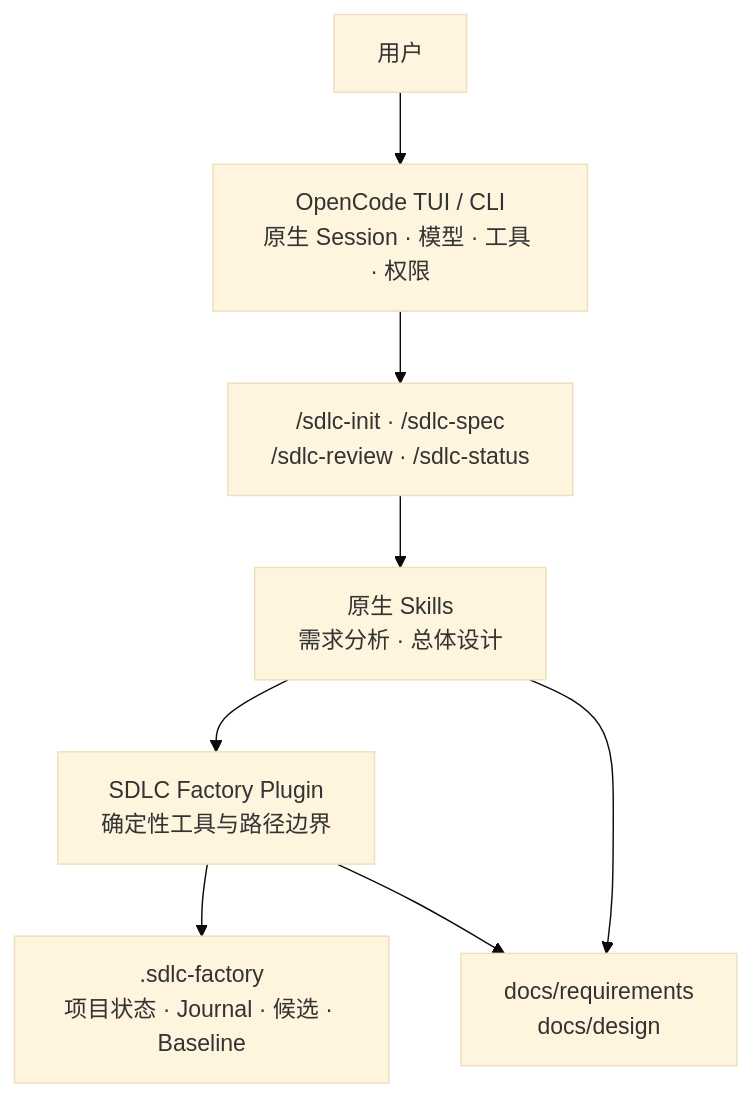
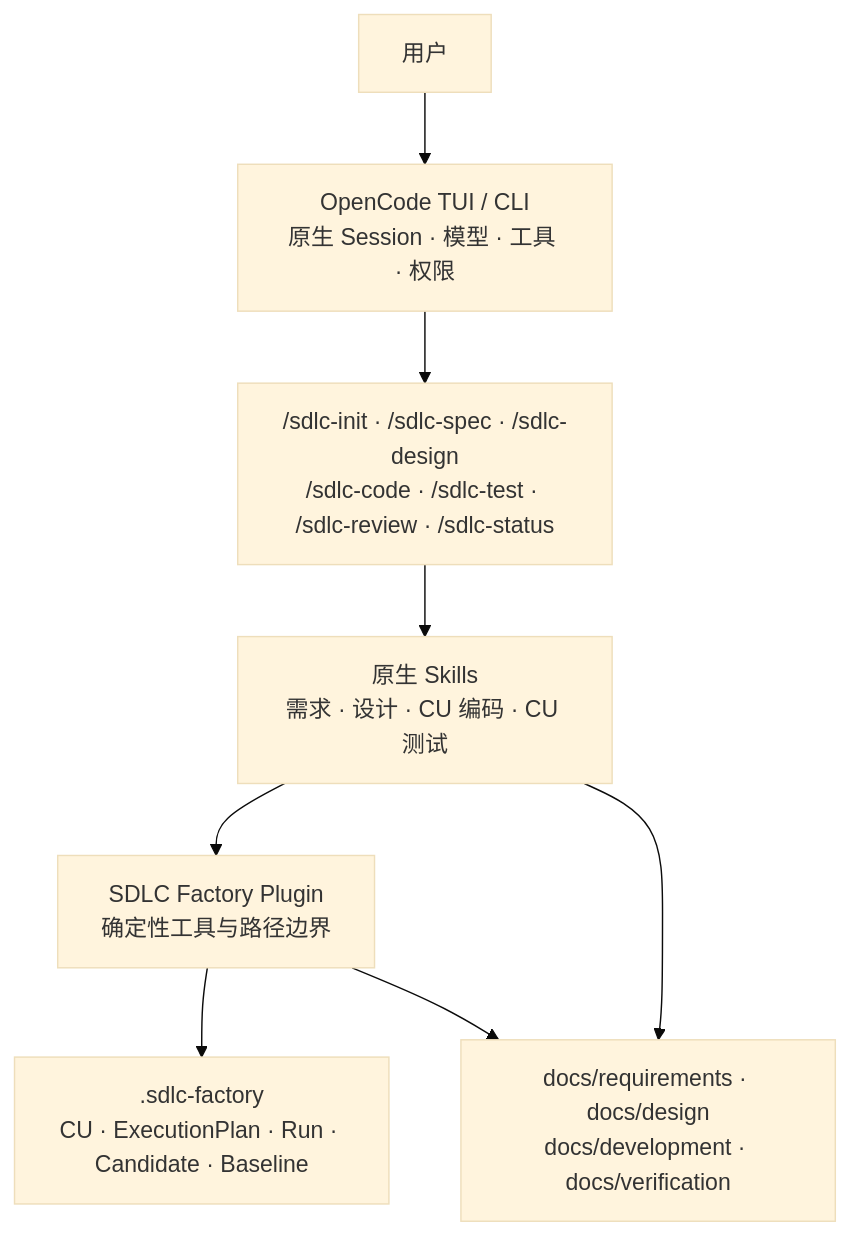
Before and after one commit to Gandufu/sdlc-factory: the diagram in docs/architecture/mvp0-opencode-plugin-design.md, drawn with Mermaid (base theme). The commit also changed other lines of this file and 2 other files, not shown here.

````diff
--- a/docs/architecture/mvp0-opencode-plugin-design.md
+++ b/docs/architecture/mvp0-opencode-plugin-design.md
@@ -34,17 +36,17 @@
 ```mermaid
 flowchart TB
     USER["用户"]
     OC["OpenCode TUI / CLI\n原生 Session · 模型 · 工具 · 权限"]
-    COMMAND["/sdlc-init · /sdlc-spec\n/sdlc-review · /sdlc-status"]
-    SKILL["原生 Skills\n需求分析 · 总体设计"]
+    COMMAND["/sdlc-init · /sdlc-spec · /sdlc-design\n/sdlc-code · /sdlc-test · /sdlc-review · /sdlc-status"]
+    SKILL["原生 Skills\n需求 · 设计 · CU 编码 · CU 测试"]
     PLUGIN["SDLC Factory Plugin\n确定性工具与路径边界"]
-    STATE[".sdlc-factory\n项目状态 · Journal · 候选 · Baseline"]
-    DOCS["docs/requirements\ndocs/design"]
+    STATE[".sdlc-factory\nCU · ExecutionPlan · Run · Candidate · Baseline"]
+    DOCS["docs/requirements · docs/design\ndocs/development · docs/verification"]
 
     USER --> OC
     OC --> COMMAND --> SKILL
     SKILL --> PLUGIN
     SKILL --> DOCS
     PLUGIN --> STATE
     PLUGIN --> DOCS
 ```
````
